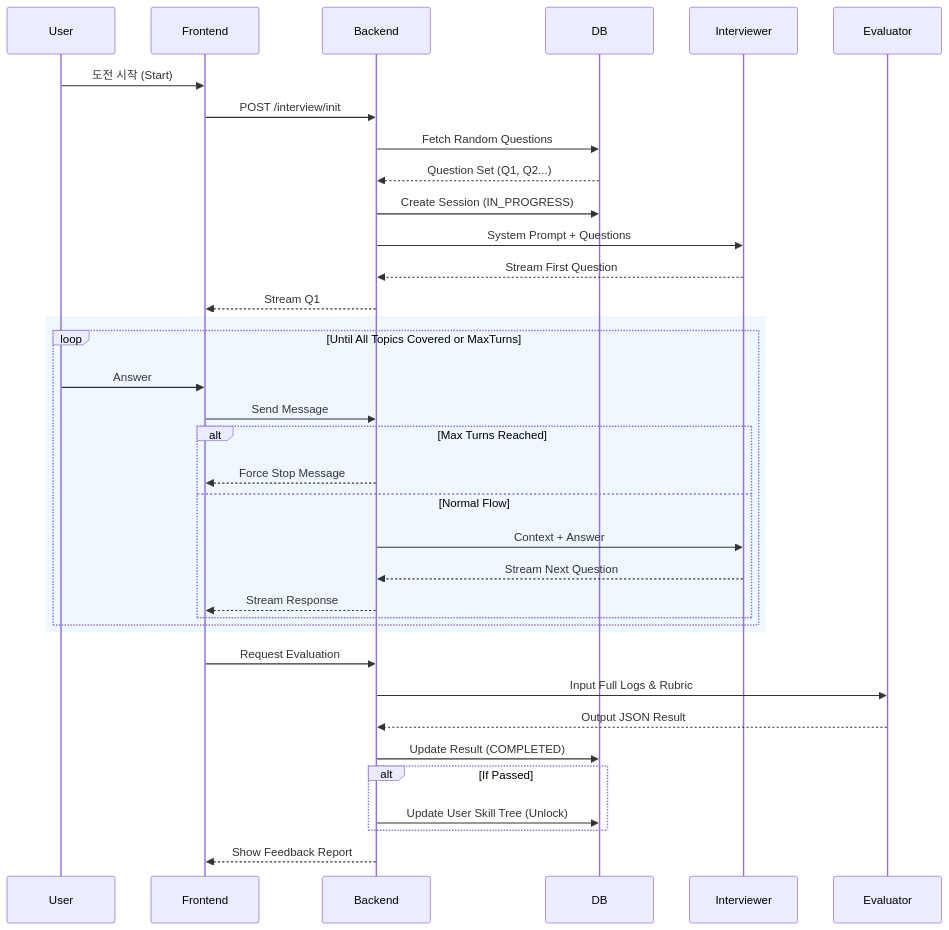
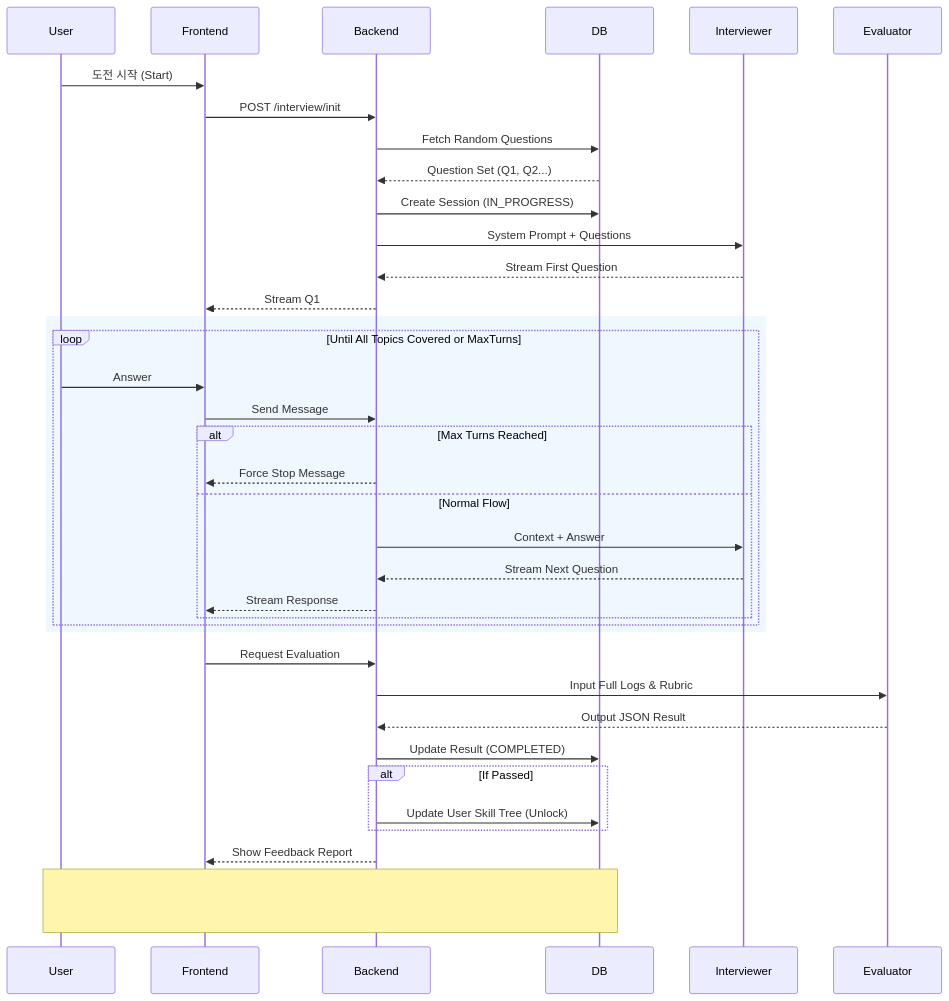
One commit to haebo9/ai_techtree_project changed the diagram in docs/2_design/agent_workflow.md. Above: the diagram before and after it, drawn with Mermaid. The commit also changed other lines of this file, not shown here.

Commit message:
docs: refine agent workflow documentation

````diff
--- a/docs/2_design/agent_workflow.md
+++ b/docs/2_design/agent_workflow.md
@@ -114,49 +114,52 @@
 ```mermaid
 sequenceDiagram
     participant User
     participant Frontend
     participant Backend
     participant DB
     participant Interviewer
     participant Evaluator
 
     %% --- [Phase 1: Init] ---
     User->>Frontend: 도전 시작 (Start)
     Frontend->>Backend: POST /interview/init
     
     Backend->>DB: Fetch Random Questions
     DB-->>Backend: Question Set (Q1, Q2...)
     
     Backend->>DB: Create Session (IN_PROGRESS)
     Backend->>Interviewer: System Prompt + Questions
     Interviewer-->>Backend: Stream First Question
     Backend-->>Frontend: Stream Q1
 
     %% --- [Phase 2: Interactive Loop] ---
     rect rgb(240, 248, 255)
         loop Until All Topics Covered or MaxTurns
             User->>Frontend: Answer
             Frontend->>Backend: Send Message
             
             alt Max Turns Reached
                 Backend-->>Frontend: Force Stop Message
             else Normal Flow
                 Backend->>Interviewer: Context + Answer
                 Interviewer-->>Backend: Stream Next Question
                 Backend-->>Frontend: Stream Response
             end
         end
     end
 
     %% --- [Phase 3: Evaluation] ---
     Frontend->>Backend: Request Evaluation
     Backend->>Evaluator: Input Full Logs & Rubric
     Evaluator-->>Backend: Output JSON Result
     
     Backend->>DB: Update Result (COMPLETED)
     alt If Passed
         Backend->>DB: Update User Skill Tree (Unlock)
     end
     
     Backend-->>Frontend: Show Feedback Report
+
+    %% 하단 여백 추가 (투명 노트 활용)
+    Note over User, DB: <br/><br/><br/>
 ```
````
